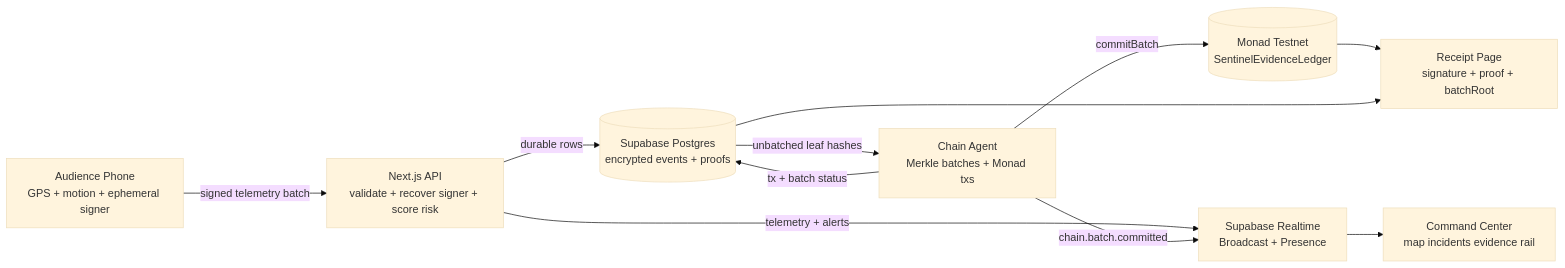
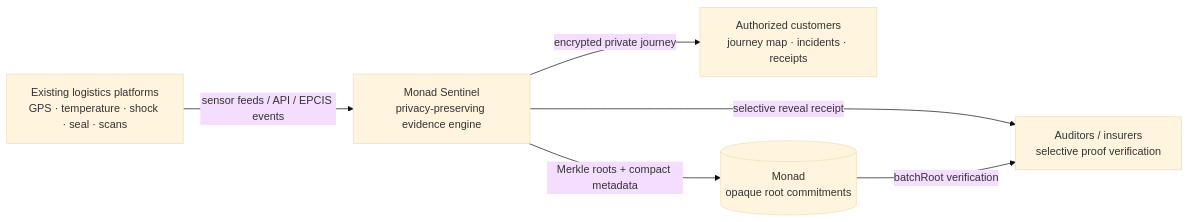
The first of 6 diagrams in README.md (roshaninfordham/monad-sentinel), drawn with Mermaid (base theme) before and after one commit. The commit also changed other lines of this file and 22 other files, not shown here.

Commit message:
docs: refresh architecture docs and screenshots

````diff
--- a/README.md
+++ b/README.md
@@ -22,22 +39,14 @@
 ```mermaid
 flowchart LR
-  Phone[Audience Phone<br/>GPS + motion + ephemeral signer]
-  API[Next.js API<br/>validate + recover signer + score risk]
-  DB[(Supabase Postgres<br/>encrypted events + proofs)]
-  RT[Supabase Realtime<br/>Broadcast + Presence]
-  Dash[Command Center<br/>map incidents evidence rail]
-  Agent[Chain Agent<br/>Merkle batches + Monad txs]
-  Monad[(Monad Testnet<br/>SentinelEvidenceLedger)]
-  Receipt[Receipt Page<br/>signature + proof + batchRoot]
+  Platforms[Existing logistics platforms<br/>GPS · temperature · shock · seal · scans]
+  Sentinel[Monad Sentinel<br/>privacy-preserving evidence engine]
+  Customers[Authorized customers<br/>journey map · incidents · receipts]
+  Auditors[Auditors / insurers<br/>selective proof verification]
+  Monad[(Monad<br/>opaque root commitments)]
 
-  Phone -->|signed telemetry batch| API
-  API -->|durable rows| DB
-  API -->|telemetry + alerts| RT
-  RT --> Dash
-  DB -->|unbatched leaf hashes| Agent
-  Agent -->|commitBatch| Monad
-  Agent -->|tx + batch status| DB
-  Agent -->|chain.batch.committed| RT
-  Monad --> Receipt
-  DB --> Receipt
+  Platforms -->|sensor feeds / API / EPCIS events| Sentinel
+  Sentinel -->|encrypted private journey| Customers
+  Sentinel -->|selective reveal receipt| Auditors
+  Sentinel -->|Merkle roots + compact metadata| Monad
+  Monad -->|batchRoot verification| Auditors
 ```
````
